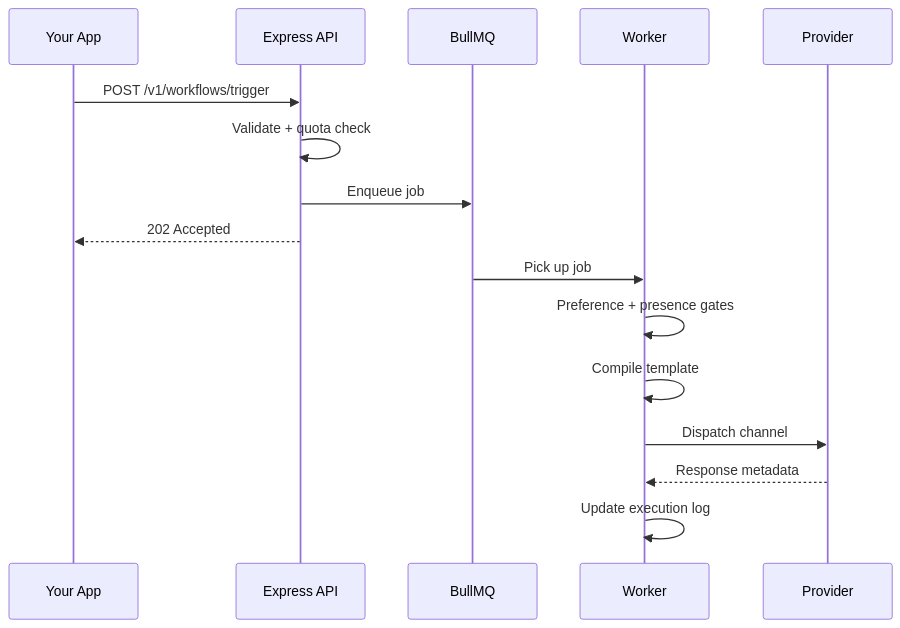
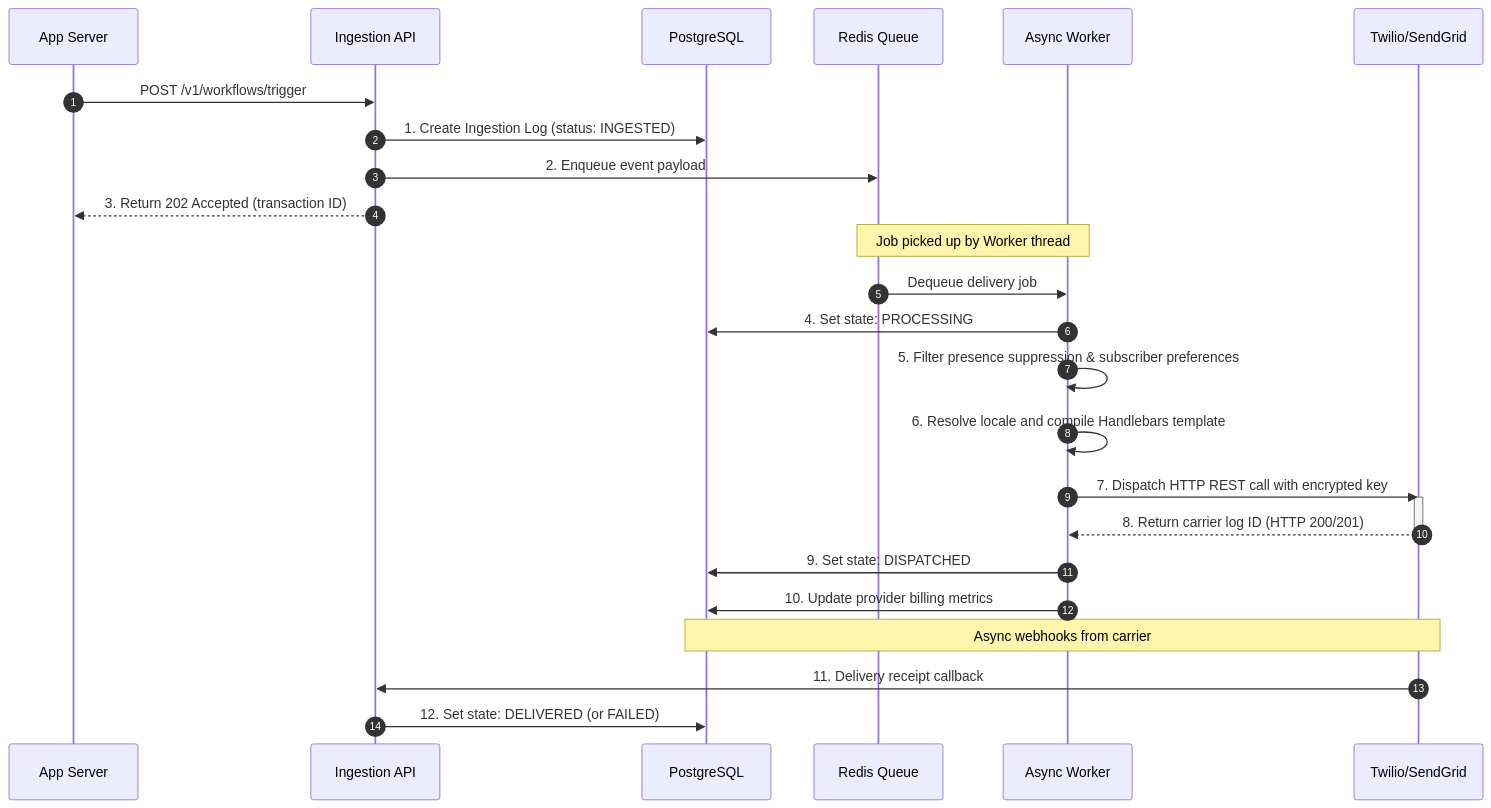
One commit to KriyanshKhunt/nexus_docs changed the diagram in content/docs/en/platform/concepts/delivery-pipeline.mdx. Above: the diagram before and after it, drawn with Mermaid. The commit also changed other lines of this file and 9 other files, not shown here.

````diff
--- a/content/docs/en/platform/concepts/delivery-pipeline.mdx
+++ b/content/docs/en/platform/concepts/delivery-pipeline.mdx
@@ -8,19 +16,32 @@
 ```mermaid
 sequenceDiagram
-  participant App as Your App
-  participant API as Express API
-  participant Q as BullMQ
-  participant W as Worker
-  participant P as Provider
+    autonumber
+    participant App as App Server
+    participant API as Ingestion API
+    participant DB as PostgreSQL
+    participant Q as Redis Queue
+    participant W as Async Worker
+    participant Carrier as Twilio/SendGrid
 
-  App->>API: POST /v1/workflows/trigger
-  API->>API: Validate + quota check
-  API->>Q: Enqueue job
-  API-->>App: 202 Accepted
-  Q->>W: Pick up job
-  W->>W: Preference + presence gates
-  W->>W: Compile template
-  W->>P: Dispatch channel
-  P-->>W: Response metadata
-  W->>W: Update execution log
+    App->>API: POST /v1/workflows/trigger
+    API->>DB: 1. Create Ingestion Log (status: INGESTED)
+    API->>Q: 2. Enqueue event payload
+    API-->>App: 3. Return 202 Accepted (transaction ID)
+
+    Note over Q, W: Job picked up by Worker thread
+    Q->>W: Dequeue delivery job
+    W->>DB: 4. Set state: PROCESSING
+    W->>W: 5. Filter presence suppression & subscriber preferences
+    W->>W: 6. Resolve locale and compile Handlebars template
+    W->>Carrier: 7. Dispatch HTTP REST call with encrypted key
+    activate Carrier
+    Carrier-->>W: 8. Return carrier log ID (HTTP 200/201)
+    deactivate Carrier
+
+    W->>DB: 9. Set state: DISPATCHED
+    W->>DB: 10. Update provider billing metrics
+
+    Note over Carrier, DB: Async webhooks from carrier
+    Carrier->>API: 11. Delivery receipt callback
+    API->>DB: 12. Set state: DELIVERED (or FAILED)
 ```
````
